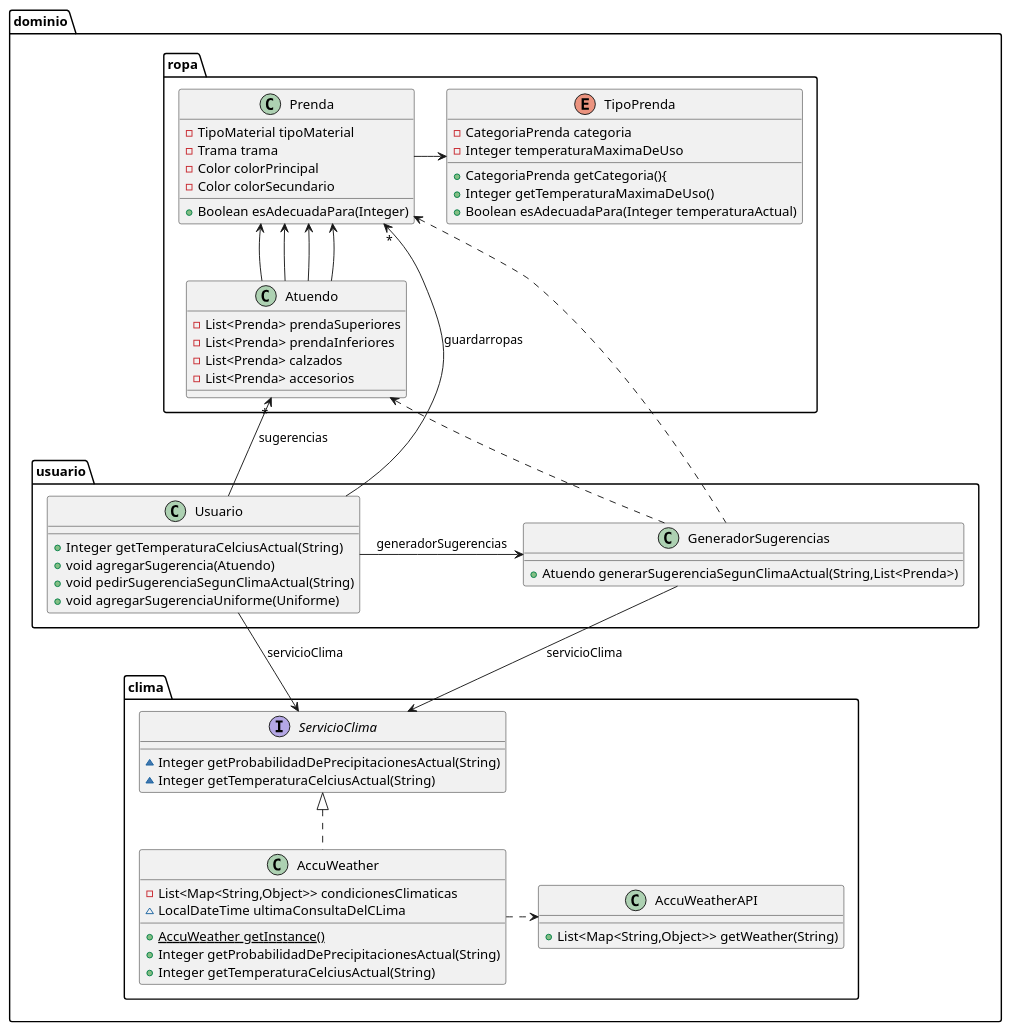
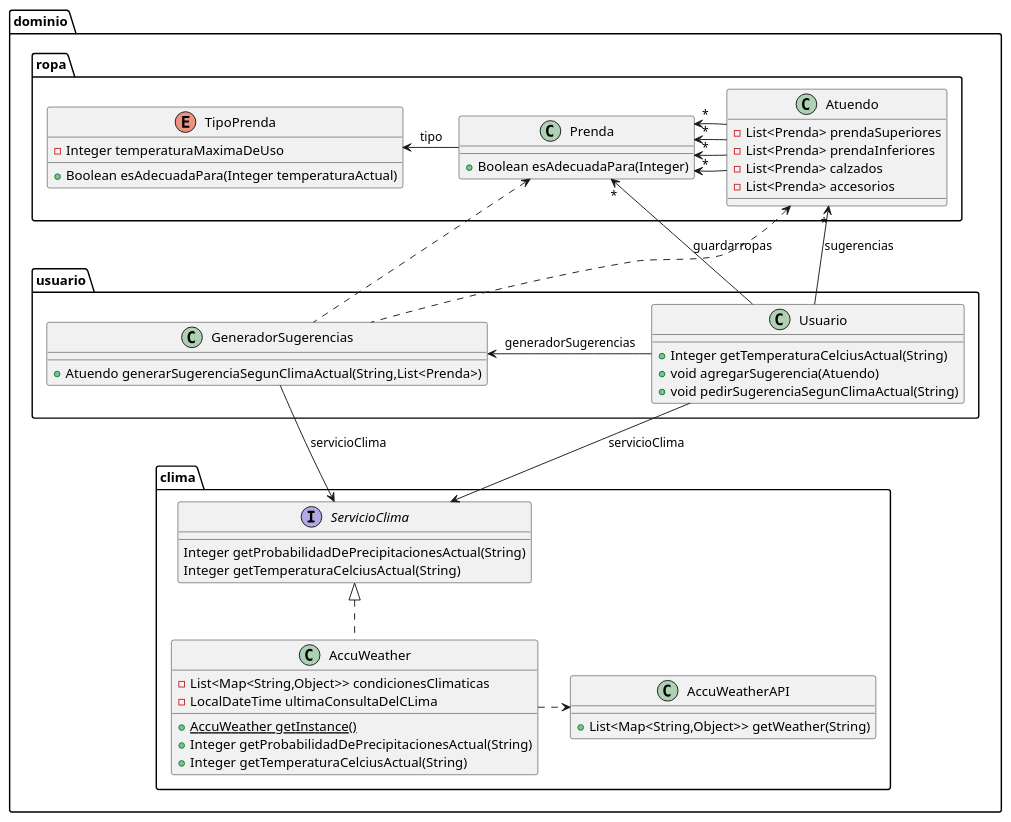
The diagram in diagramas/qmp4-resumido.puml (AlejandroDeheza/QMP), drawn with PlantUML before and after one commit. The commit also changed 4 other files, not shown here.

Commit message:
Arreglo diagramas otra vez

```diff
--- a/diagramas/qmp4-resumido.puml
+++ b/diagramas/qmp4-resumido.puml
@@ -1,64 +1,56 @@
 @startuml
 class dominio.clima.AccuWeatherAPI {
 + List<Map<String,Object>> getWeather(String)
 }
 class dominio.usuario.Usuario {
 + Integer getTemperaturaCelciusActual(String)
 + void agregarSugerencia(Atuendo)
 + void pedirSugerenciaSegunClimaActual(String)
-+ void agregarSugerenciaUniforme(Uniforme)
 }
 class dominio.clima.AccuWeather {
 - List<Map<String,Object>> condicionesClimaticas
-~ LocalDateTime ultimaConsultaDelCLima
+- LocalDateTime ultimaConsultaDelCLima
 + {static} AccuWeather getInstance()
 + Integer getProbabilidadDePrecipitacionesActual(String)
 + Integer getTemperaturaCelciusActual(String)
 }
 class dominio.usuario.GeneradorSugerencias {
 + Atuendo generarSugerenciaSegunClimaActual(String,List<Prenda>)
 }
 interface dominio.clima.ServicioClima {
-~ Integer getProbabilidadDePrecipitacionesActual(String)
-~ Integer getTemperaturaCelciusActual(String)
+Integer getProbabilidadDePrecipitacionesActual(String)
+Integer getTemperaturaCelciusActual(String)
 }
 class dominio.ropa.Prenda {
-- TipoMaterial tipoMaterial
-- Trama trama
-- Color colorPrincipal
-- Color colorSecundario
 + Boolean esAdecuadaPara(Integer)
 }
 class dominio.ropa.Atuendo {
 - List<Prenda> prendaSuperiores
 - List<Prenda> prendaInferiores
 - List<Prenda> calzados
 - List<Prenda> accesorios
 }
 enum dominio.ropa.TipoPrenda {
-- CategoriaPrenda categoria
 - Integer temperaturaMaximaDeUso
-+ CategoriaPrenda getCategoria(){
-+ Integer getTemperaturaMaximaDeUso()
 + Boolean esAdecuadaPara(Integer temperaturaActual)
 }
 
-dominio.ropa.TipoPrenda <--left dominio.ropa.Prenda
+dominio.ropa.TipoPrenda <--right dominio.ropa.Prenda: tipo
 
-dominio.ropa.Prenda <-- dominio.ropa.Atuendo
-dominio.ropa.Prenda <-- dominio.ropa.Atuendo
-dominio.ropa.Prenda <-- dominio.ropa.Atuendo
-dominio.ropa.Prenda <-- dominio.ropa.Atuendo
+dominio.ropa.Prenda "*" <--right dominio.ropa.Atuendo
+dominio.ropa.Prenda "*" <-- dominio.ropa.Atuendo
+dominio.ropa.Prenda "*" <-- dominio.ropa.Atuendo
+dominio.ropa.Prenda "*" <-- dominio.ropa.Atuendo
 
 dominio.ropa.Prenda "*" <-- dominio.usuario.Usuario: guardarropas
 dominio.ropa.Atuendo "*" <-- dominio.usuario.Usuario: sugerencias
-dominio.usuario.GeneradorSugerencias <--left dominio.usuario.Usuario: generadorSugerencias
+dominio.usuario.GeneradorSugerencias <--right dominio.usuario.Usuario: generadorSugerencias
 dominio.clima.ServicioClima <--up dominio.usuario.Usuario: servicioClima
 dominio.clima.ServicioClima <--up dominio.usuario.GeneradorSugerencias: servicioClima
 dominio.ropa.Atuendo <.. dominio.usuario.GeneradorSugerencias
 dominio.ropa.Prenda <.. dominio.usuario.GeneradorSugerencias
 
 dominio.clima.ServicioClima <|.. dominio.clima.AccuWeather
 dominio.clima.AccuWeatherAPI <..left dominio.clima.AccuWeather
 
 @enduml
```
